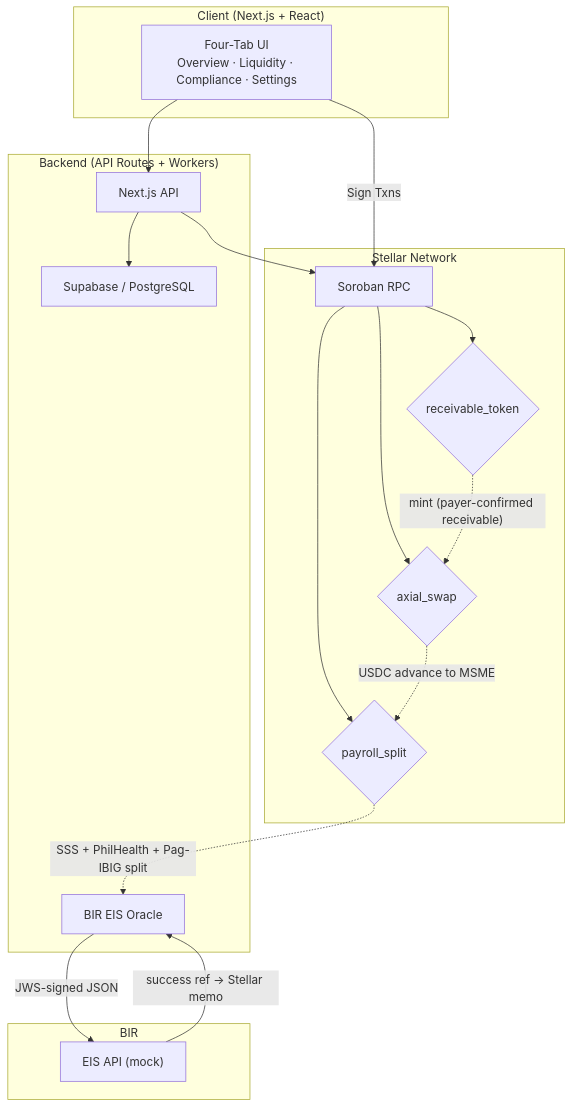
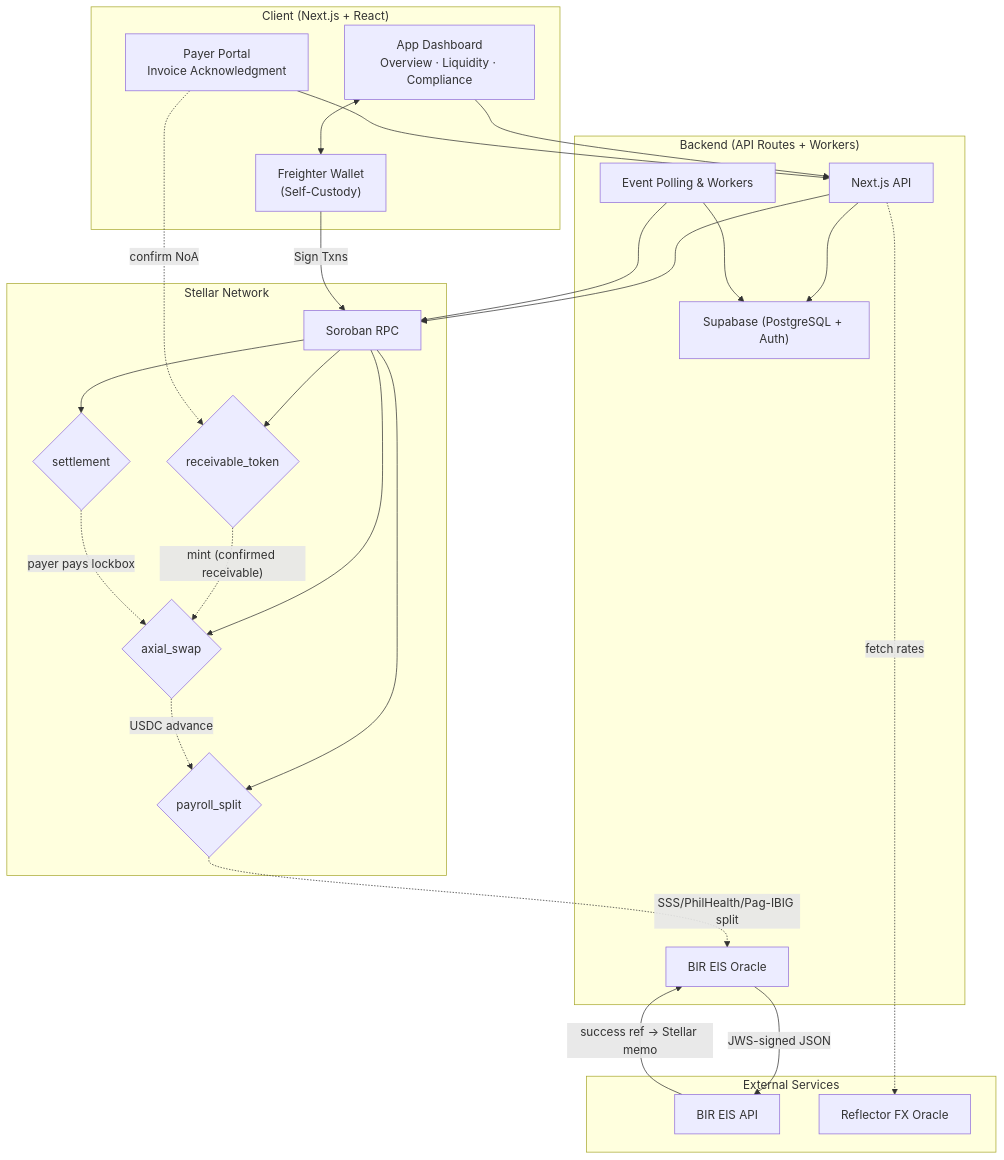
Before and after one commit to Axon-Enjin/axial: the diagram in README.md, drawn with Mermaid. The commit also changed other lines of this file, not shown here.

Commit message:
docs: update project documentation to reflect settlement contract addition, Payer Portal, and Freighter wallet integration

````diff
--- a/README.md
+++ b/README.md
@@ -98,39 +102,53 @@
 ```mermaid
 graph TD
     subgraph Client ["Client (Next.js + React)"]
-        UI["Four-Tab UI<br/>Overview · Liquidity · Compliance · Settings"]
+        UI["App Dashboard<br/>Overview · Liquidity · Compliance"]
+        PORTAL["Payer Portal<br/>Invoice Acknowledgment"]
+        FREIGHTER["Freighter Wallet<br/>(Self-Custody)"]
     end
 
     subgraph Stellar ["Stellar Network"]
         RPC["Soroban RPC"]
         RT{"receivable_token"}
         AS{"axial_swap"}
         PS{"payroll_split"}
+        SET{"settlement"}
     end
 
     subgraph Backend ["Backend (API Routes + Workers)"]
         API["Next.js API"]
-        DB["Supabase / PostgreSQL"]
+        CRON["Event Polling & Workers"]
+        DB["Supabase (PostgreSQL + Auth)"]
         ORACLE["BIR EIS Oracle"]
     end
 
-    subgraph BIR ["BIR"]
-        EIS["EIS API (mock)"]
+    subgraph External ["External Services"]
+        EIS["BIR EIS API"]
+        REFLECTOR["Reflector FX Oracle"]
     end
 
     UI --> API
-    UI --> |"Sign Txns"| RPC
+    PORTAL --> API
+    UI <--> FREIGHTER
+    FREIGHTER --> |"Sign Txns"| RPC
     API --> DB
     API --> RPC
+    CRON --> RPC
+    CRON --> DB
 
     RPC --> RT
     RPC --> AS
     RPC --> PS
+    RPC --> SET
+    
+    API -.-> |"fetch rates"| REFLECTOR
 
-    RT -.-> |"mint (payer-confirmed receivable)"| AS
-    AS -.-> |"USDC advance to MSME"| PS
-    PS -.-> |"SSS + PhilHealth + Pag-IBIG split"| ORACLE
+    PORTAL -.-> |"confirm NoA"| RT
+    RT -.-> |"mint (confirmed receivable)"| AS
+    AS -.-> |"USDC advance"| PS
+    PS -.-> |"SSS/PhilHealth/Pag-IBIG split"| ORACLE
+    SET -.-> |"payer pays lockbox"| AS
 
     ORACLE --> |"JWS-signed JSON"| EIS
     EIS --> |"success ref → Stellar memo"| ORACLE
 ```
````
